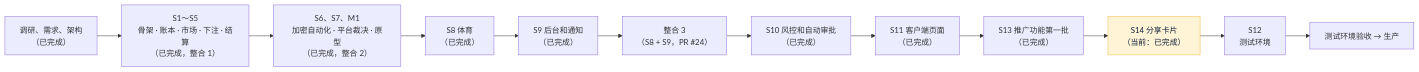
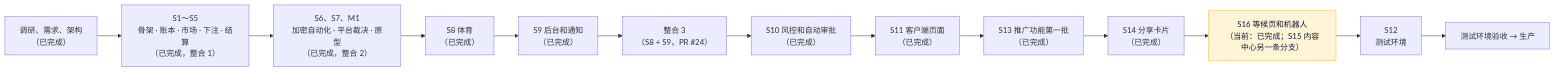
The diagram in 项目地图.md (dollar3651314/forecast), drawn with Mermaid before and after one commit. The commit also changed other lines of this file and 119 other files, not shown here.

````diff
--- a/项目地图.md
+++ b/项目地图.md
@@ -11,5 +11,5 @@
 ```mermaid
 flowchart LR
-    R["调研、需求、架构<br/>（已完成）"] --> S1["S1～S5<br/>骨架 · 账本 · 市场 · 下注 · 结算<br/>（已完成，整合 1）"] --> S6["S6、S7、M1<br/>加密自动化 · 平台裁决 · 原型<br/>（已完成，整合 2）"] --> S8["S8 体育<br/>（已完成）"] --> S9["S9 后台和通知<br/>（已完成）"] --> INT["整合 3<br/>（S8 + S9，PR #24）"] --> S10["S10 风控和自动审批<br/>（已完成）"] --> S11["S11 客户端页面<br/>（已完成）"] --> S13["S13 推广功能第一批<br/>（已完成）"] --> S14["S14 分享卡片<br/>（当前：已完成）"]:::now --> S12["S12<br/>测试环境"] --> T["测试环境验收 → 生产"]
+    R["调研、需求、架构<br/>（已完成）"] --> S1["S1～S5<br/>骨架 · 账本 · 市场 · 下注 · 结算<br/>（已完成，整合 1）"] --> S6["S6、S7、M1<br/>加密自动化 · 平台裁决 · 原型<br/>（已完成，整合 2）"] --> S8["S8 体育<br/>（已完成）"] --> S9["S9 后台和通知<br/>（已完成）"] --> INT["整合 3<br/>（S8 + S9，PR #24）"] --> S10["S10 风控和自动审批<br/>（已完成）"] --> S11["S11 客户端页面<br/>（已完成）"] --> S13["S13 推广功能第一批<br/>（已完成）"] --> S14["S14 分享卡片<br/>（已完成）"] --> S16["S16 等候页和机器人<br/>（当前：已完成；S15 内容中心另一条分支）"]:::now --> S12["S12<br/>测试环境"] --> T["测试环境验收 → 生产"]
     classDef now fill:#FFF4D6,stroke:#F5B83D,color:#0B1F3A
 ```
````
